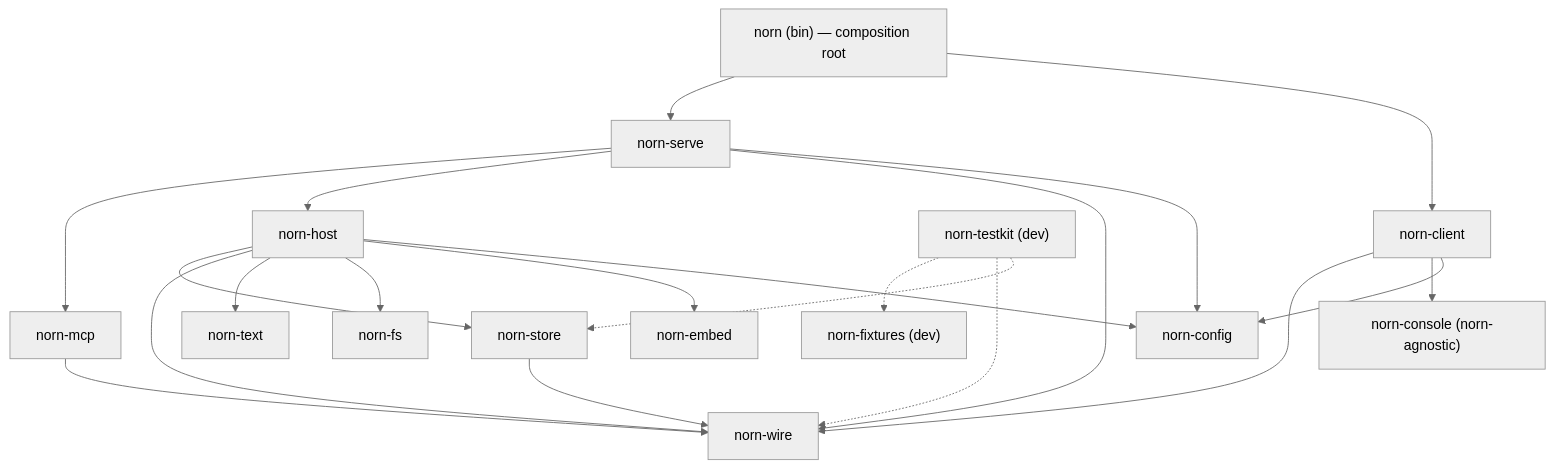
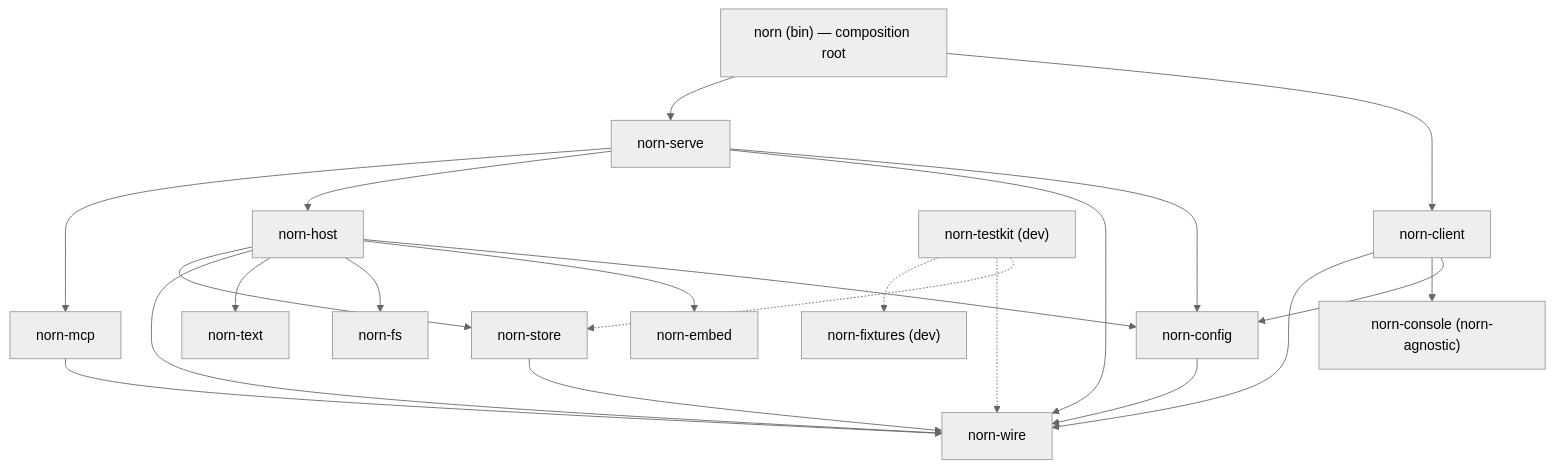
One commit to dbtlr/norn-next changed the first of 3 diagrams in docs/architecture.md. Above: the diagram before and after it, drawn with Mermaid (neutral theme). The commit also changed other lines of this file and 27 other files, not shown here.

````diff
--- a/docs/architecture.md
+++ b/docs/architecture.md
@@ -477,24 +482,25 @@
 ```mermaid
 graph TD
   bin["norn (bin) — composition root"] --> serve["norn-serve"]
   bin --> client["norn-client"]
   serve --> mcp["norn-mcp"]
   serve --> host["norn-host"]
   serve --> wire["norn-wire"]
   serve --> config["norn-config"]
   mcp --> wire
   host --> store["norn-store"]
   host --> wire
   host --> text["norn-text"]
   host --> fs["norn-fs"]
   host --> embed["norn-embed"]
   host --> config
   client --> wire
   client --> console["norn-console (norn-agnostic)"]
   client --> config
   store --> wire
+  config --> wire
   fixtures["norn-fixtures (dev)"]
   testkit["norn-testkit (dev)"] -.-> fixtures
   testkit -.-> wire
   testkit -.-> store
 ```
````
